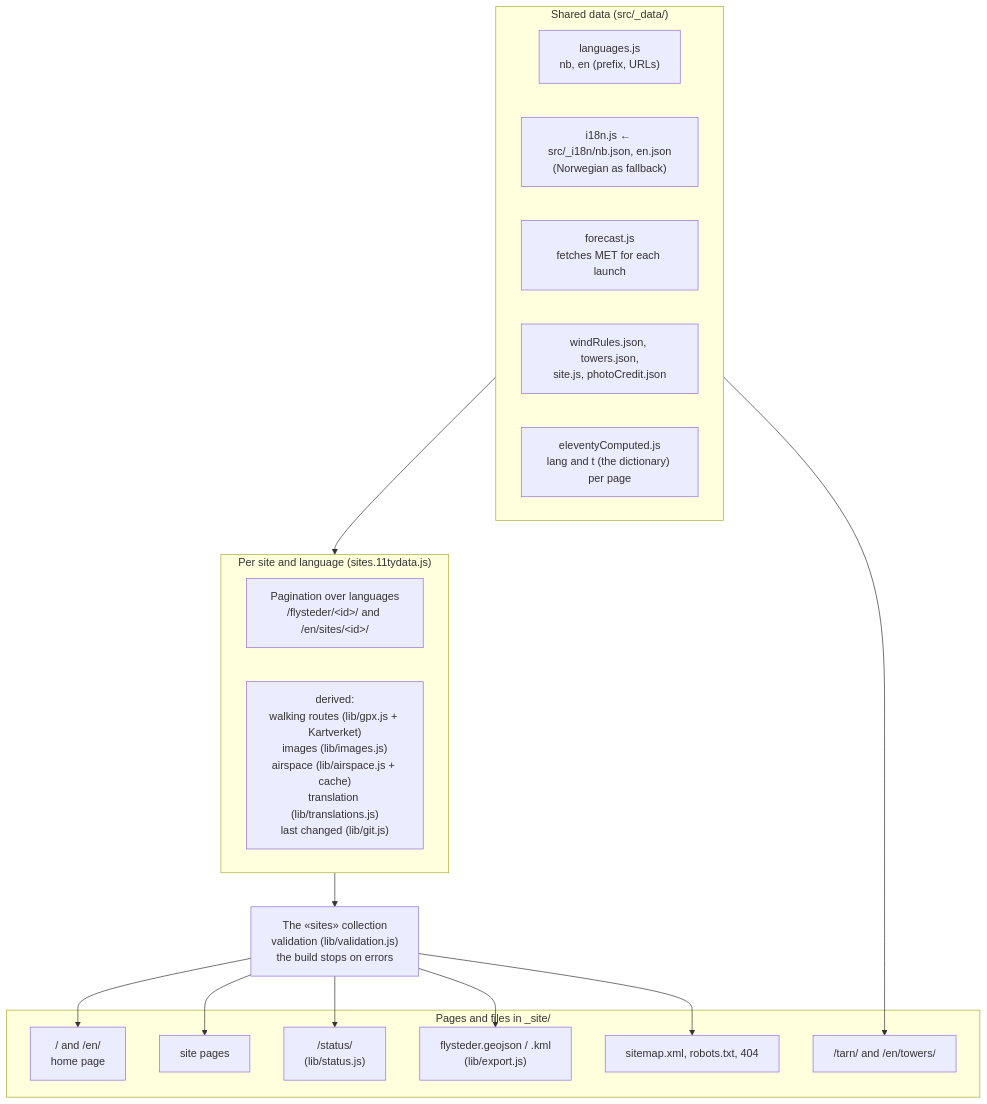
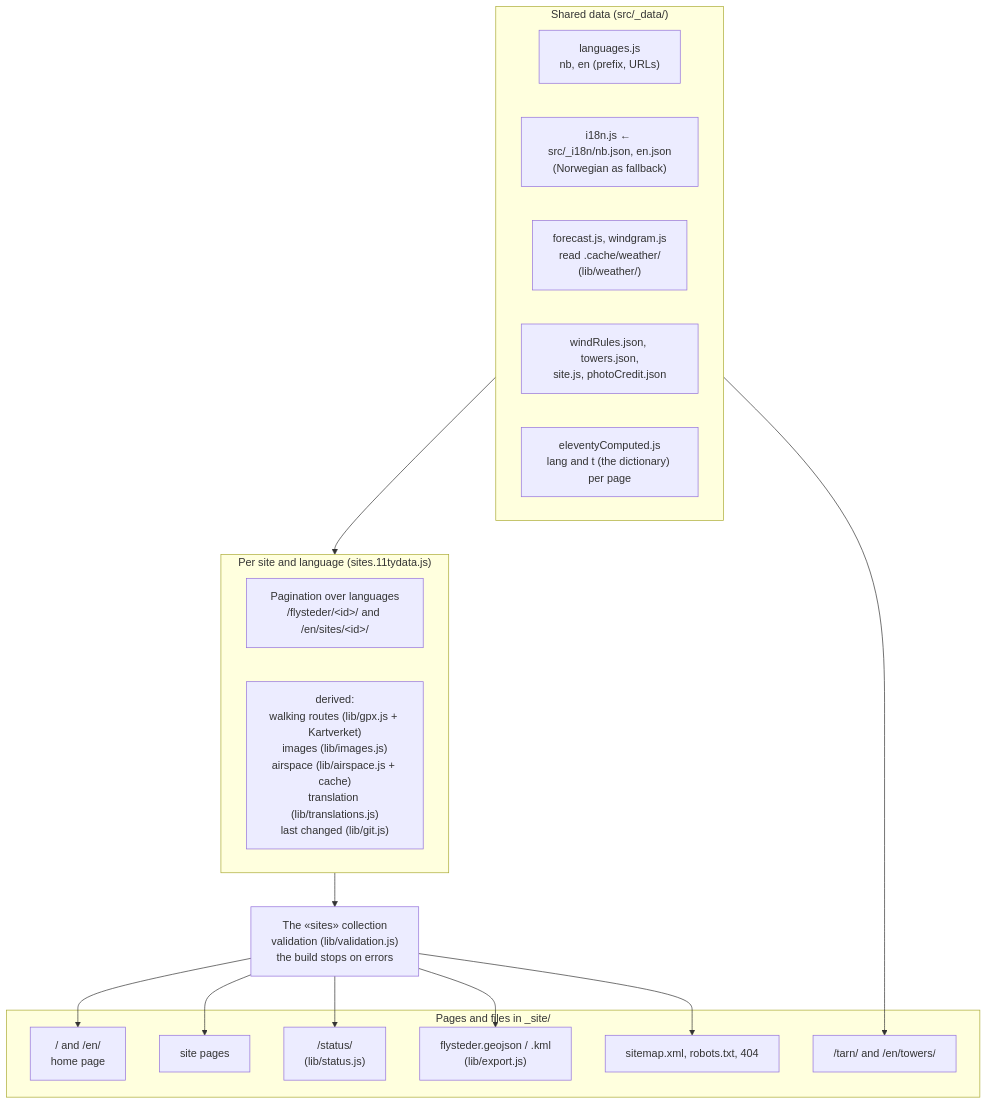
One commit to hpgt-com/flying-sites changed the second of 6 diagrams in docs/architecture.md. Above: the diagram before and after it, drawn with Mermaid. The commit also changed other lines of this file and 15 other files, not shown here.

````diff
--- a/docs/architecture.md
+++ b/docs/architecture.md
@@ -66,30 +67,30 @@
 ```mermaid
 flowchart TB
   subgraph global["Shared data (src/_data/)"]
     lang["languages.js<br/>nb, en (prefix, URLs)"]
     i18n["i18n.js ← src/_i18n/nb.json, en.json<br/>(Norwegian as fallback)"]
-    fc["forecast.js<br/>fetches MET for each launch"]
+    fc["forecast.js, windgram.js<br/>read .cache/weather/<br/>(lib/weather/)"]
     rules["windRules.json, towers.json,<br/>site.js, photoCredit.json"]
     comp["eleventyComputed.js<br/>lang and t (the dictionary) per page"]
   end
 
   subgraph site["Per site and language (sites.11tydata.js)"]
     pag["Pagination over languages<br/>/flysteder/&lt;id&gt;/ and /en/sites/&lt;id&gt;/"]
     derived["derived:<br/>walking routes (lib/gpx.js + Kartverket)<br/>images (lib/images.js)<br/>airspace (lib/airspace.js + cache)<br/>translation (lib/translations.js)<br/>last changed (lib/git.js)"]
   end
 
   valid["The «sites» collection<br/>validation (lib/validation.js)<br/>the build stops on errors"]
 
   subgraph out["Pages and files in _site/"]
     home["/ and /en/<br/>home page"]
     sitepg["site pages"]
     towers["/tarn/ and /en/towers/"]
     status["/status/<br/>(lib/status.js)"]
     exp["flysteder.geojson / .kml<br/>(lib/export.js)"]
     seo["sitemap.xml, robots.txt, 404"]
   end
 
   global --> site --> valid
   valid --> home & sitepg & status & exp & seo
   global --> towers
 ```
````
